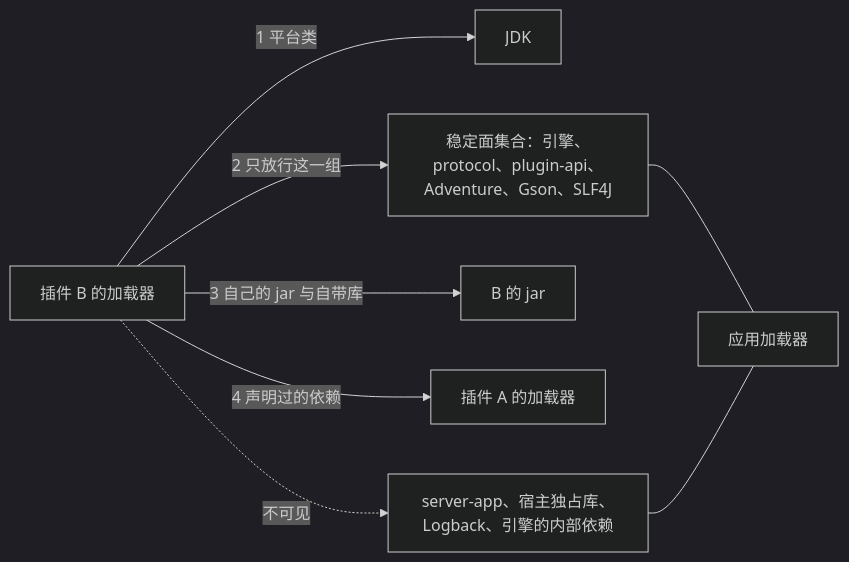
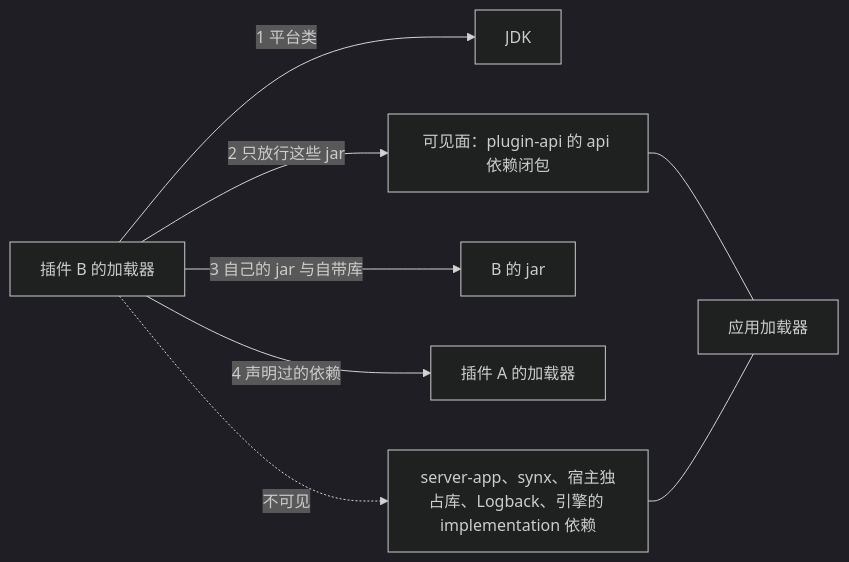
The second of 2 diagrams in docs/DESIGN-ECO.md (Bearisbug/synaxis), drawn with Mermaid (dark theme) before and after one commit. The commit also changed other lines of this file, not shown here.

First line of the commit message:
docs: DESIGN-ECO decides the startup mode by the admission callback, evacuates disabled plugins without their exits, and renames the class loader set to the visible surface

````diff
--- a/docs/DESIGN-ECO.md
+++ b/docs/DESIGN-ECO.md
@@ -753,10 +898,10 @@
 ```mermaid
 flowchart LR
   pb[插件 B 的加载器] -->|1 平台类| jdk[JDK]
-  pb -->|2 只放行这一组| surface[稳定面集合：引擎、protocol、plugin-api、Adventure、Gson、SLF4J]
+  pb -->|2 只放行这些 jar| surface[可见面：plugin-api 的 api 依赖闭包]
   pb -->|3 自己的 jar 与自带库| bjar[B 的 jar]
   pb -->|4 声明过的依赖| pa[插件 A 的加载器]
-  pb -.->|不可见| hidden[server-app、宿主独占库、Logback、引擎的内部依赖]
+  pb -.->|不可见| hidden[server-app、synx、宿主独占库、Logback、引擎的 implementation 依赖]
   surface --- app[应用加载器]
   hidden --- app
 ```
````
